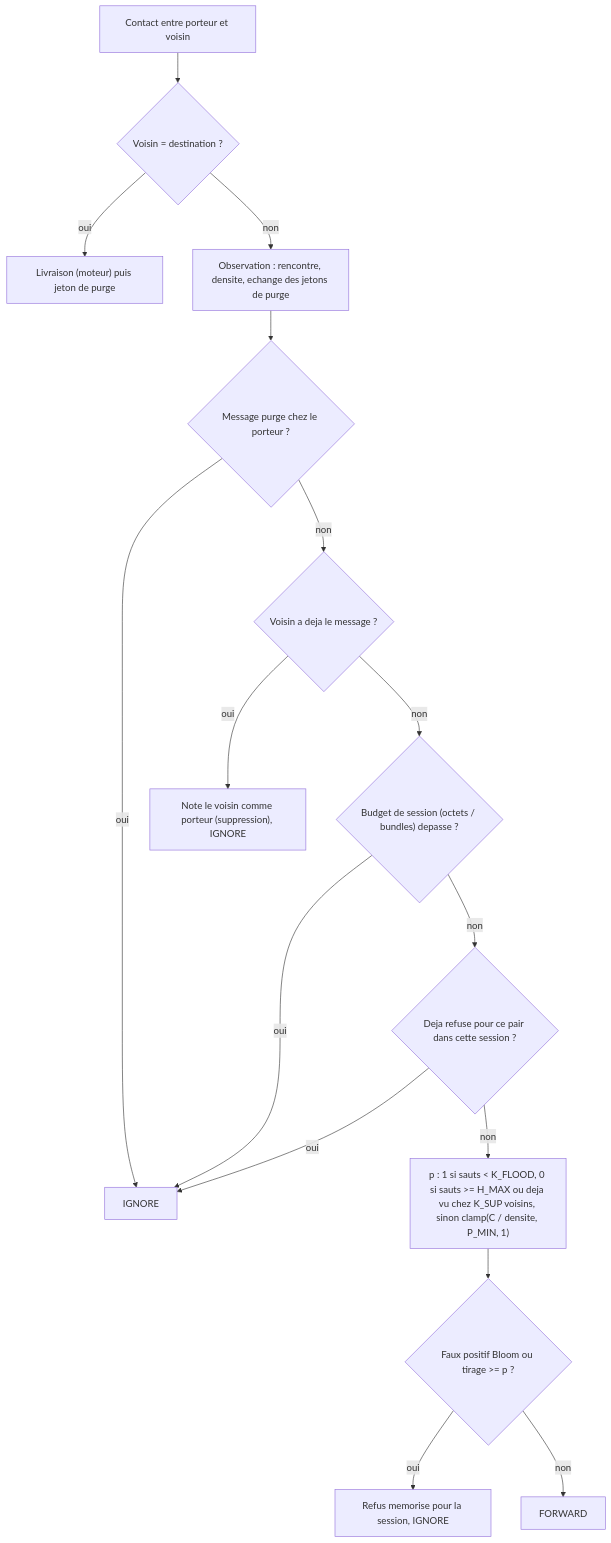
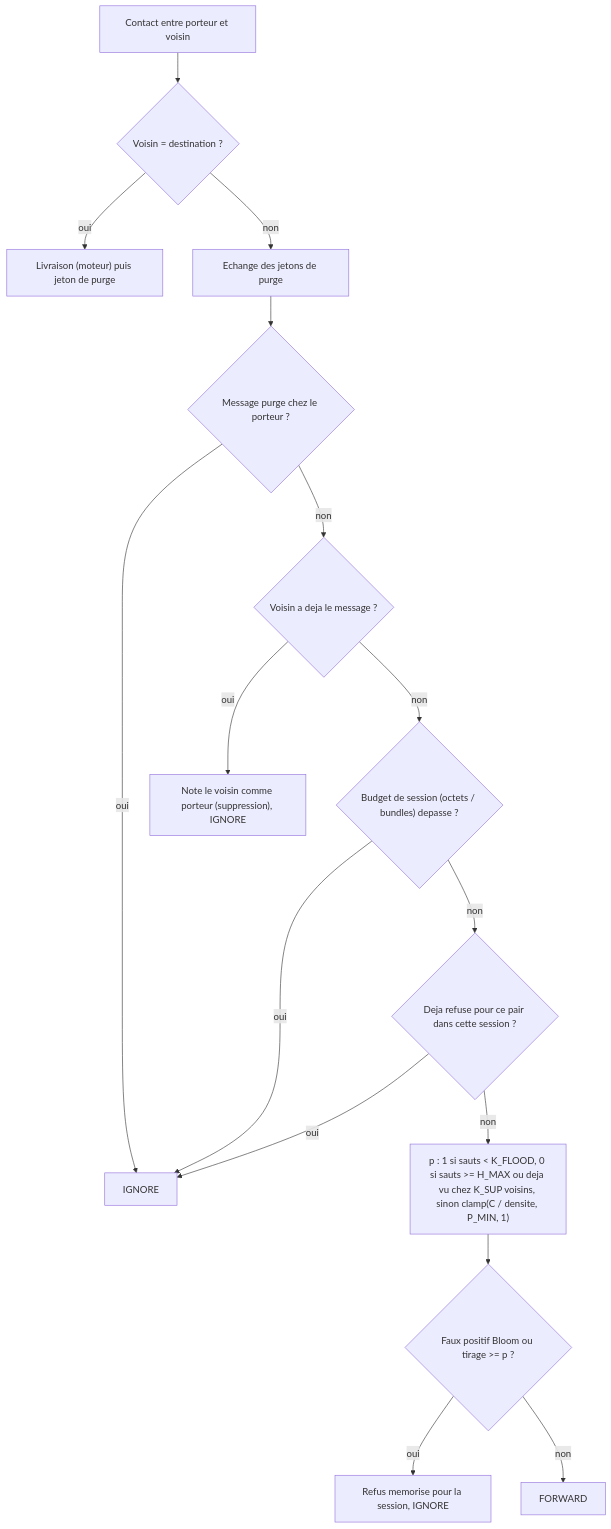
The diagram in docs/algorithmes/gossip_a.md (NICE-CINE/simuation-test), drawn with Mermaid before and after one commit. The commit also changed other lines of this file and 3 other files, not shown here.

````diff
--- a/docs/algorithmes/gossip_a.md
+++ b/docs/algorithmes/gossip_a.md
@@ -25,18 +28,18 @@
 ```mermaid
 flowchart TD
     A["Contact entre porteur et voisin"] --> B{"Voisin = destination ?"}
     B -- oui --> L["Livraison (moteur) puis jeton de purge"]
-    B -- non --> O["Observation : rencontre, densite, echange des jetons de purge"]
+    B -- non --> O["Echange des jetons de purge"]
     O --> P{"Message purge chez le porteur ?"}
     P -- oui --> I["IGNORE"]
     P -- non --> C{"Voisin a deja le message ?"}
     C -- oui --> N["Note le voisin comme porteur (suppression), IGNORE"]
     C -- non --> BU{"Budget de session (octets / bundles) depasse ?"}
     BU -- oui --> I
     BU -- non --> R{"Deja refuse pour ce pair dans cette session ?"}
     R -- oui --> I
     R -- non --> Q["p : 1 si sauts < K_FLOOD, 0 si sauts >= H_MAX ou deja vu chez K_SUP voisins, sinon clamp(C / densite, P_MIN, 1)"]
     Q --> D{"Faux positif Bloom ou tirage >= p ?"}
     D -- oui --> RF["Refus memorise pour la session, IGNORE"]
     D -- non --> F["FORWARD"]
 ```
````
